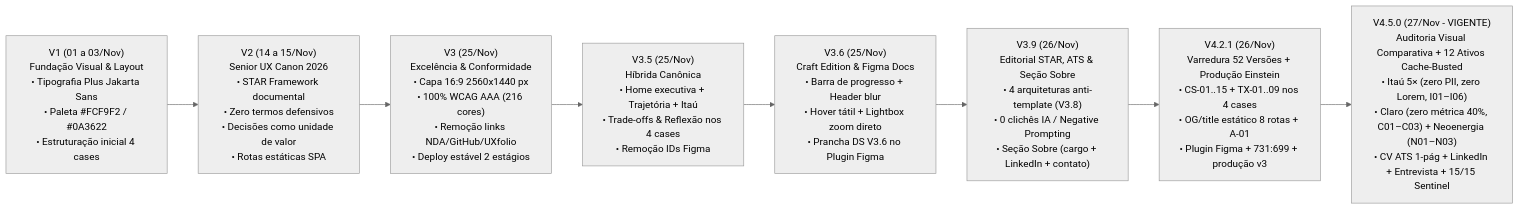
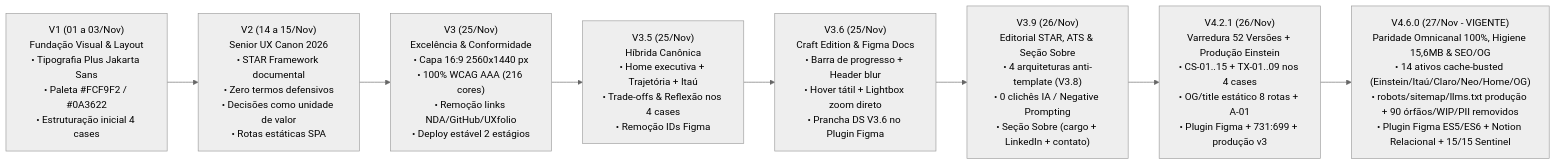
The diagram in docs/INDEX_GOVERNANCA_E_DECISOES.md (israelfull-commits/portfolio), drawn with Mermaid (neutral theme) before and after one commit. The commit also changed 101 other files, not shown here.

Commit message:
feat(v4.6.0): higiene total de producao (15.6MB), SEO/OG/llms.txt, Home preview v2 e plugin Figma ES5/ES6

````diff
--- a/docs/INDEX_GOVERNANCA_E_DECISOES.md
+++ b/docs/INDEX_GOVERNANCA_E_DECISOES.md
@@ -15,12 +15,12 @@
 ```mermaid
 flowchart LR
     V1["V1 (01 a 03/Nov)<br>Fundação Visual & Layout<br>• Tipografia Plus Jakarta Sans<br>• Paleta #FCF9F2 / #0A3622<br>• Estruturação inicial 4 cases"]
     V2["V2 (14 a 15/Nov)<br>Senior UX Canon 2026<br>• STAR Framework documental<br>• Zero termos defensivos<br>• Decisões como unidade de valor<br>• Rotas estáticas SPA"]
     V3["V3 (25/Nov)<br>Excelência & Conformidade<br>• Capa 16:9 2560x1440 px<br>• 100% WCAG AAA (216 cores)<br>• Remoção links NDA/GitHub/UXfolio<br>• Deploy estável 2 estágios"]
     V35["V3.5 (25/Nov)<br>Híbrida Canônica<br>• Home executiva + Trajetória + Itaú<br>• Trade-offs & Reflexão nos 4 cases<br>• Remoção IDs Figma"]
     V36["V3.6 (25/Nov)<br>Craft Edition & Figma Docs<br>• Barra de progresso + Header blur<br>• Hover tátil + Lightbox zoom direto<br>• Prancha DS V3.6 no Plugin Figma"]
     V39["V3.9 (26/Nov)<br>Editorial STAR, ATS & Seção Sobre<br>• 4 arquiteturas anti-template (V3.8)<br>• 0 clichês IA / Negative Prompting<br>• Seção Sobre (cargo + LinkedIn + contato)"]
     V310["V4.2.1 (26/Nov)<br>Varredura 52 Versões + Produção Einstein<br>• CS-01..15 + TX-01..09 nos 4 cases<br>• OG/title estático 8 rotas + A-01<br>• Plugin Figma + 731:699 + produção v3"]
-    V430["V4.5.0 (27/Nov - VIGENTE)<br>Auditoria Visual Comparativa + 12 Ativos Cache-Busted<br>• Itaú 5× (zero PII, zero Lorem, I01–I06)<br>• Claro (zero métrica 40%, C01–C03) + Neoenergia (N01–N03)<br>• CV ATS 1-pág + LinkedIn + Entrevista + 15/15 Sentinel"]
+    V430["V4.6.0 (27/Nov - VIGENTE)<br>Paridade Omnicanal 100%, Higiene 15,6MB & SEO/OG<br>• 14 ativos cache-busted (Einstein/Itaú/Claro/Neo/Home/OG)<br>• robots/sitemap/llms.txt produção + 90 órfãos/WIP/PII removidos<br>• Plugin Figma ES5/ES6 + Notion Relacional + 15/15 Sentinel"]
     V1 --> V2 --> V3 --> V35 --> V36 --> V39 --> V310 --> V430
 ```
````
